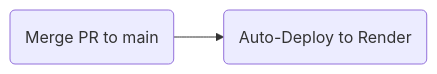
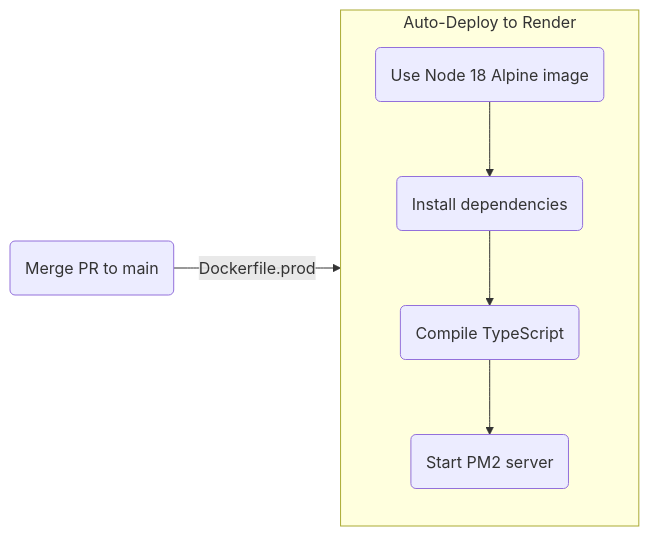
The fifth of 5 diagrams in README.md (Abhiek187/ez-recipes-server), drawn with Mermaid before and after one commit.

Commit message:
Add detail to the "Auto-Deploy to Render" step

````diff
--- a/README.md
+++ b/README.md
@@ -73,5 +73,12 @@
 ```mermaid
 flowchart LR
 
-A(Merge PR to main) --> B(Auto-Deploy to Render)
+A(Merge PR to main) -->|Dockerfile.prod| B(Auto-Deploy to Render)
+
+subgraph B [Auto-Deploy to Render]
+direction TB
+C(Use Node 18 Alpine image) --> D(Install dependencies)
+D --> E(Compile TypeScript)
+E --> F(Start PM2 server)
+end
 ```
````
